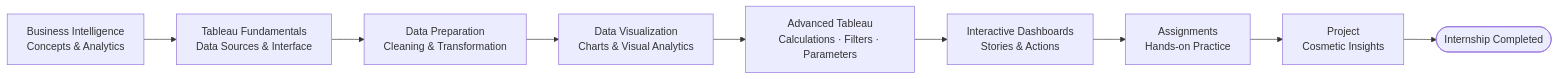
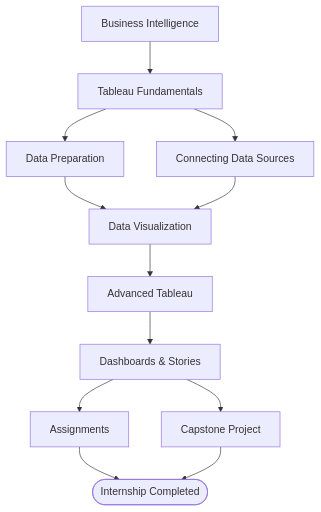
The first of 2 diagrams in remote/smartbridge/data-analytics-tableau/README.md (udaycodespace/internships), drawn with Mermaid before and after one commit. The commit also changed other lines of this file, not shown here.

Commit message:
docs(smartbridge): improve Tableau internship README

````diff
--- a/remote/smartbridge/data-analytics-tableau/README.md
+++ b/remote/smartbridge/data-analytics-tableau/README.md
@@ -11,13 +11,21 @@
 ```mermaid
-flowchart LR
+graph TD
 
-A["Business Intelligence<br/>Concepts & Analytics"]
---> B["Tableau Fundamentals<br/>Data Sources & Interface"]
---> C["Data Preparation<br/>Cleaning & Transformation"]
---> D["Data Visualization<br/>Charts & Visual Analytics"]
---> E["Advanced Tableau<br/>Calculations · Filters · Parameters"]
---> F["Interactive Dashboards<br/>Stories & Actions"]
---> G["Assignments<br/>Hands-on Practice"]
---> H["Project<br/>Cosmetic Insights"]
---> I(["Internship Completed"])
+A[Business Intelligence]
+A --> B[Tableau Fundamentals]
+
+B --> C[Connecting Data Sources]
+B --> D[Data Preparation]
+
+D --> E[Data Visualization]
+C --> E
+
+E --> F[Advanced Tableau]
+F --> G[Dashboards & Stories]
+
+G --> H[Assignments]
+G --> I[Capstone Project]
+
+H --> J([Internship Completed])
+I --> J
 ```
````
